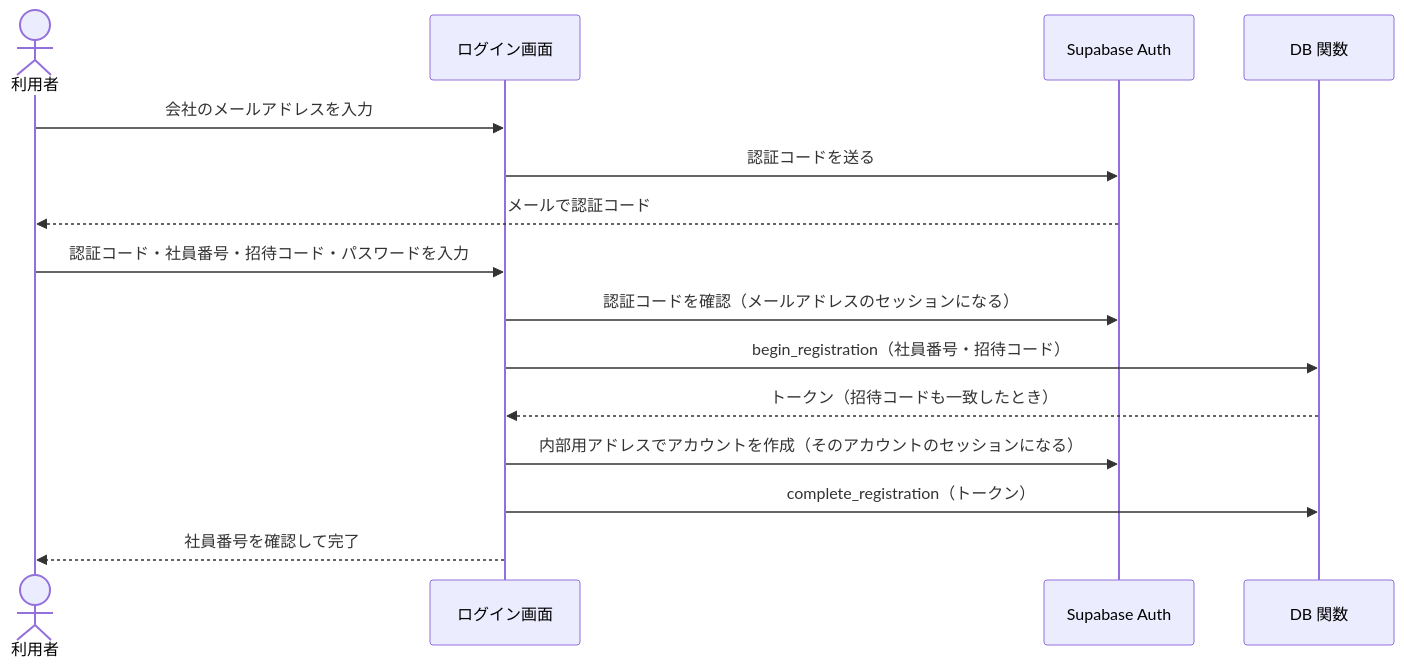
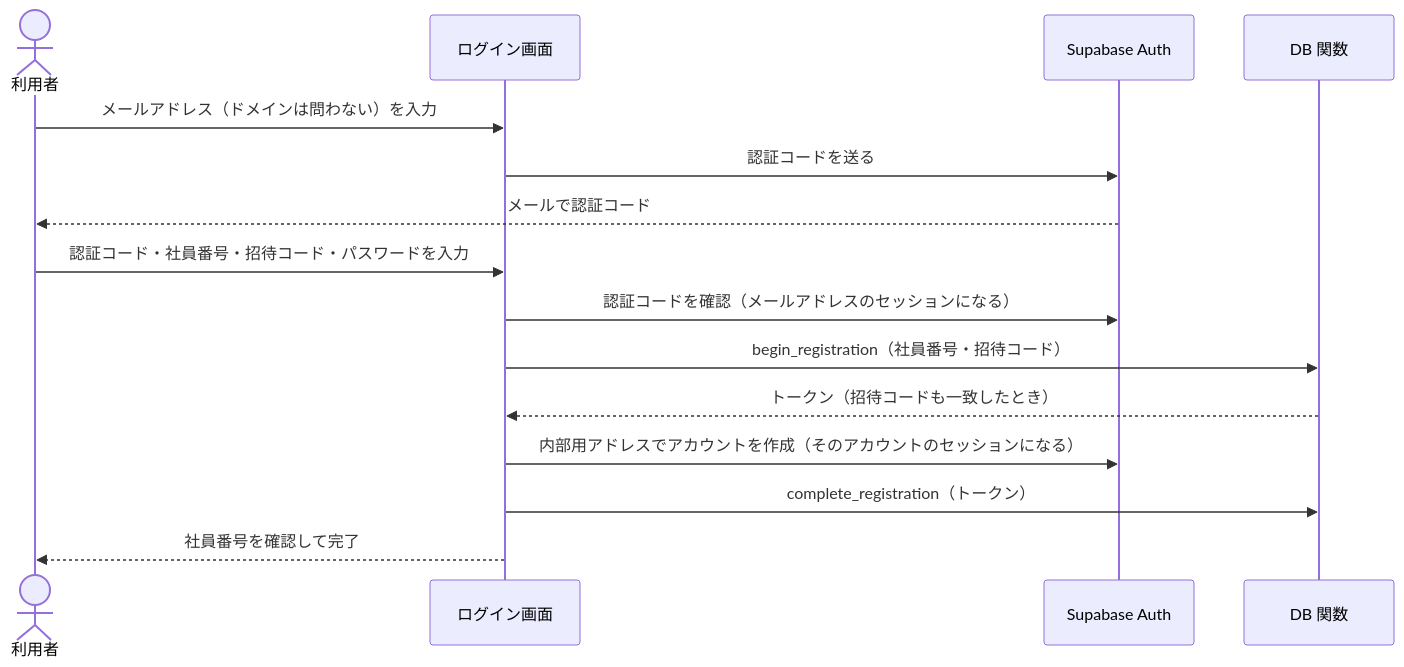
One commit to tsuchiyoshi-industry/typa changed the fifth of 5 diagrams in docs/basic-design.md. Above: the diagram before and after it, drawn with Mermaid. The commit also changed other lines of this file and 14 other files, not shown here.

````diff
--- a/docs/basic-design.md
+++ b/docs/basic-design.md
@@ -728,17 +728,17 @@
 ```mermaid
 sequenceDiagram
   actor U as 利用者
   participant V as ログイン画面
   participant A as Supabase Auth
   participant D as DB 関数
-  U->>V: 会社のメールアドレスを入力
+  U->>V: メールアドレス（ドメインは問わない）を入力
   V->>A: 認証コードを送る
   A-->>U: メールで認証コード
   U->>V: 認証コード・社員番号・招待コード・パスワードを入力
   V->>A: 認証コードを確認（メールアドレスのセッションになる）
   V->>D: begin_registration（社員番号・招待コード）
   D-->>V: トークン（招待コードも一致したとき）
   V->>A: 内部用アドレスでアカウントを作成（そのアカウントのセッションになる）
   V->>D: complete_registration（トークン）
   V-->>U: 社員番号を確認して完了
 ```
````
